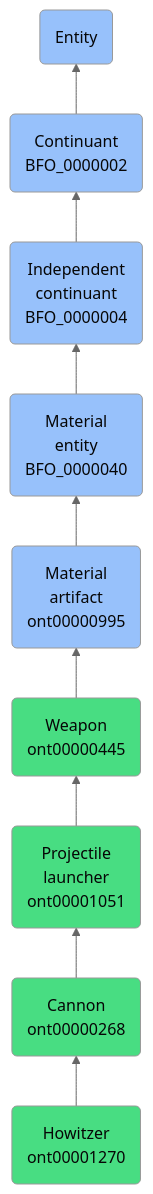
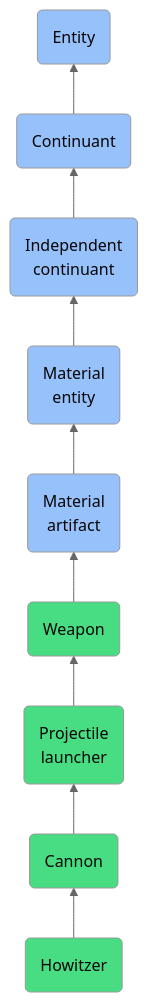
One commit to jupyter-naas/abi changed the diagram in docs/ontology/reference/model/Entity/Continuant/Independent continuant/Material entity/Material artifact/Weapon/Projectile launcher/Cannon/Howitzer/Howitzer.md. Above: the diagram before and after it, drawn with Mermaid (neutral theme). The commit also changed other lines of this file and 1430 other files, not shown here.

````diff
--- a/docs/ontology/reference/model/Entity/Continuant/Independent continuant/Material entity/Material artifact/Weapon/Projectile launcher/Cannon/Howitzer/Howitzer.md
+++ b/docs/ontology/reference/model/Entity/Continuant/Independent continuant/Material entity/Material artifact/Weapon/Projectile launcher/Cannon/Howitzer/Howitzer.md
@@ -24,16 +24,16 @@
 ```mermaid
 graph BT
-    ont00001270(Howitzer<br>ont00001270):::ABI-->ont00000268
-    ont00000268(Cannon<br>ont00000268):::ABI-->ont00001051
-    ont00001051(Projectile<br>launcher<br>ont00001051):::ABI-->ont00000445
-    ont00000445(Weapon<br>ont00000445):::ABI-->ont00000995
-    ont00000995(Material<br>artifact<br>ont00000995):::BFO-->BFO_0000040
-    BFO_0000040(Material<br>entity<br>BFO_0000040):::BFO-->BFO_0000004
-    BFO_0000004(Independent<br>continuant<br>BFO_0000004):::BFO-->BFO_0000002
-    BFO_0000002(Continuant<br>BFO_0000002):::BFO-->BFO_0000001
+    ont00001270(Howitzer):::ABI-->ont00000268
+    ont00000268(Cannon):::ABI-->ont00001051
+    ont00001051(Projectile<br>launcher):::ABI-->ont00000445
+    ont00000445(Weapon):::ABI-->ont00000995
+    ont00000995(Material<br>artifact):::BFO-->BFO_0000040
+    BFO_0000040(Material<br>entity):::BFO-->BFO_0000004
+    BFO_0000004(Independent<br>continuant):::BFO-->BFO_0000002
+    BFO_0000002(Continuant):::BFO-->BFO_0000001
     BFO_0000001(Entity):::BFO
     
     classDef BFO fill:#97c1fb,color:#060606
     classDef CCO fill:#e4c51e,color:#060606
     classDef ABI fill:#48DD82,color:#060606
 ```
````
